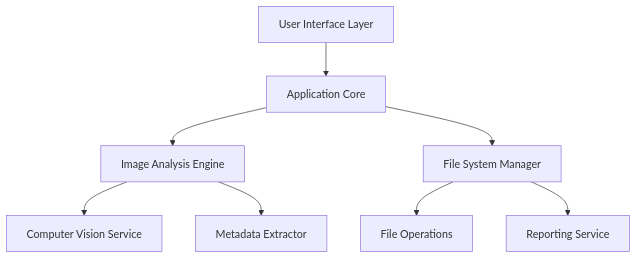
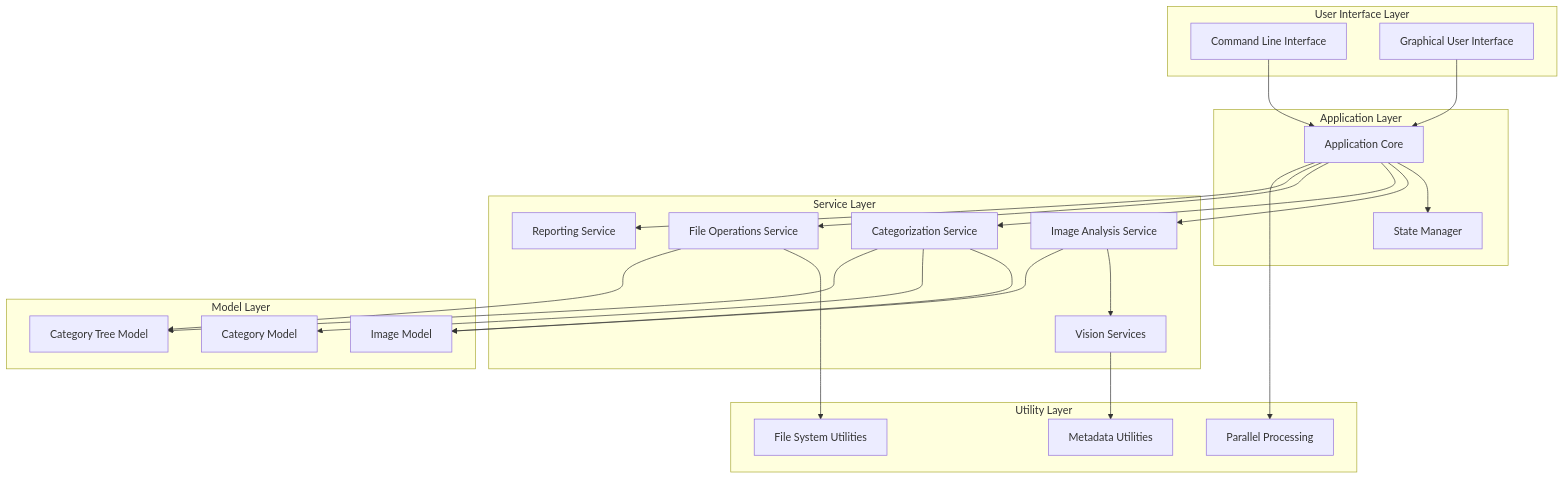
The first of 3 diagrams in docs/technical/architecture.md (az9713/photo-organizer-kiro), drawn with Mermaid before and after one commit. The commit also changed other lines of this file and 5 other files, not shown here.

````diff
--- a/docs/technical/architecture.md
+++ b/docs/technical/architecture.md
@@ -11,10 +17,55 @@
 ```mermaid
 graph TD
-    A[User Interface Layer] --> B[Application Core]
-    B --> C[Image Analysis Engine]
-    B --> D[File System Manager]
-    C --> E[Computer Vision Service]
-    C --> F[Metadata Extractor]
-    D --> G[File Operations]
-    D --> H[Reporting Service]
+    subgraph "User Interface Layer"
+        CLI[Command Line Interface]
+        GUI[Graphical User Interface]
+    end
+    
+    subgraph "Application Layer"
+        Core[Application Core]
+        State[State Manager]
+    end
+    
+    subgraph "Service Layer"
+        Analysis[Image Analysis Service]
+        Categorization[Categorization Service]
+        FileOps[File Operations Service]
+        Reporting[Reporting Service]
+        Vision[Vision Services]
+    end
+    
+    subgraph "Model Layer"
+        Image[Image Model]
+        Category[Category Model]
+        CategoryTree[Category Tree Model]
+    end
+    
+    subgraph "Utility Layer"
+        Parallel[Parallel Processing]
+        FileSystem[File System Utilities]
+        Metadata[Metadata Utilities]
+    end
+    
+    CLI --> Core
+    GUI --> Core
+    
+    Core --> State
+    Core --> Analysis
+    Core --> Categorization
+    Core --> FileOps
+    Core --> Reporting
+    
+    Analysis --> Vision
+    Analysis --> Image
+    
+    Categorization --> Image
+    Categorization --> Category
+    Categorization --> CategoryTree
+    
+    FileOps --> FileSystem
+    FileOps --> CategoryTree
+    
+    Vision --> Metadata
+    
+    Core --> Parallel
 ```
````
